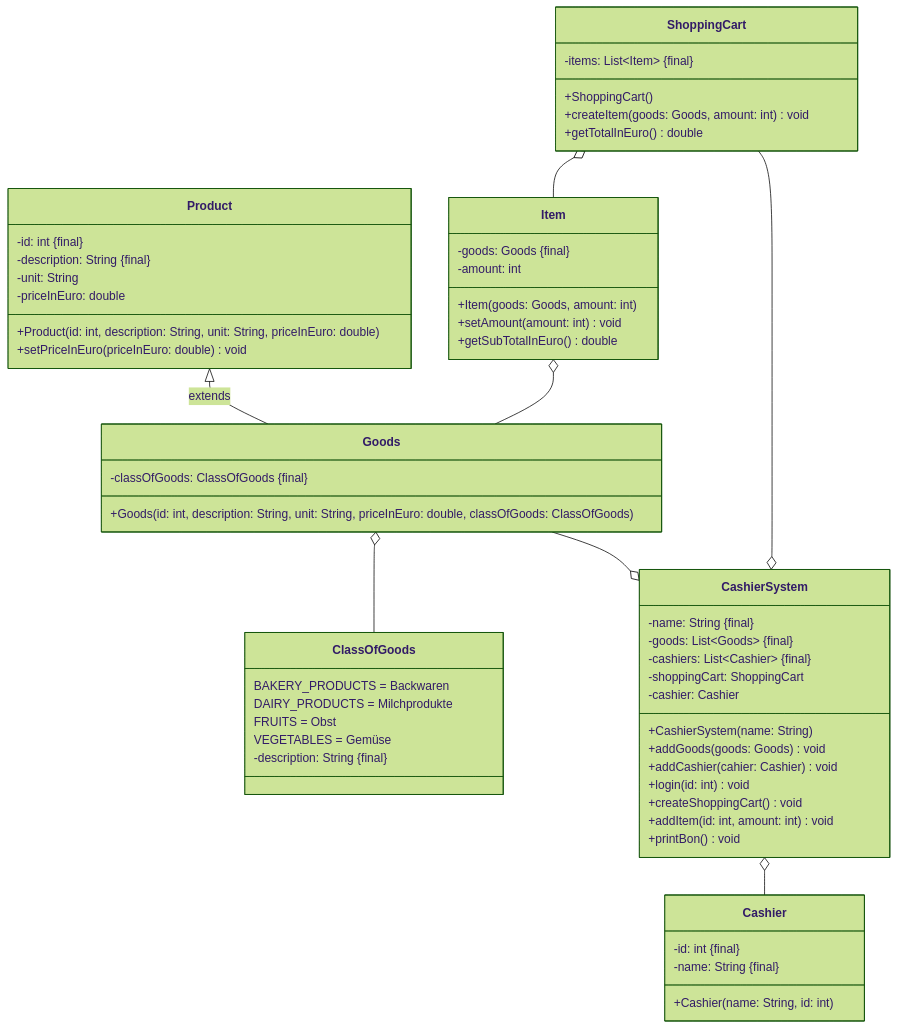
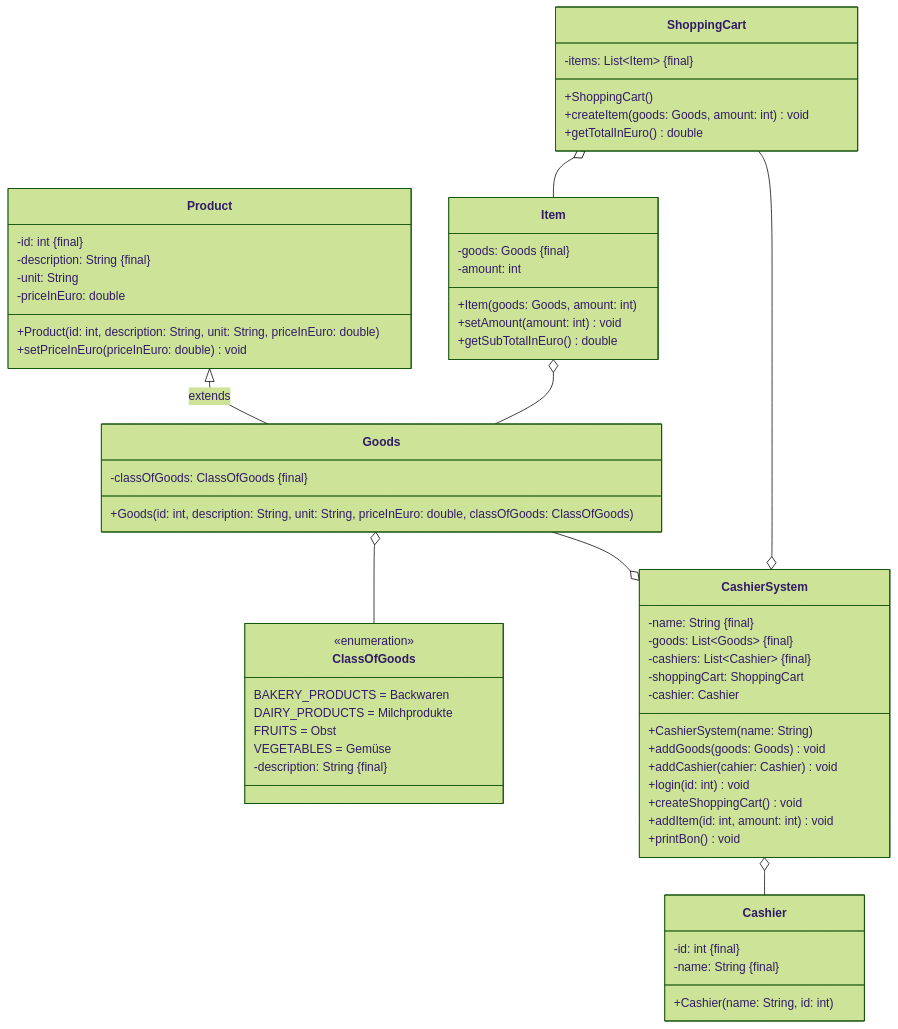
The diagram in docs/exam-exercises/exam-exercises-java1/class-diagrams/cashier-system.md (jappuccini/java-docs), drawn with Mermaid (forest theme) before and after one commit.

Commit message:
Add Stereotype "Enumeration"

````diff
--- a/docs/exam-exercises/exam-exercises-java1/class-diagrams/cashier-system.md
+++ b/docs/exam-exercises/exam-exercises-java1/class-diagrams/cashier-system.md
@@ -12,68 +12,69 @@
 ```mermaid
 classDiagram
     Product <|-- Goods : extends
     Item o-- Goods
     ShoppingCart o-- Item
     Goods o-- ClassOfGoods
     Goods --o CashierSystem
     CashierSystem o-- Cashier
     ShoppingCart --o CashierSystem
 
     class Product {
         -id: int &#123final&#125
         -description: String &#123final&#125
         -unit: String
         -priceInEuro: double
         +Product(id: int, description: String, unit: String, priceInEuro: double)
         +setPriceInEuro(priceInEuro: double) void
     }
 
     class Goods {
         -classOfGoods: ClassOfGoods &#123final&#125
         +Goods(id: int, description: String, unit: String, priceInEuro: double, classOfGoods: ClassOfGoods)
     }
 
     class Item {
         -goods: Goods &#123final&#125
         -amount: int
         +Item(goods: Goods, amount: int)
         +setAmount(amount: int) void
         +getSubTotalInEuro() double
     }
 
     class ShoppingCart {
         -items: List~Item~ &#123final&#125
         +ShoppingCart()
         +createItem(goods: Goods, amount: int) void
         +getTotalInEuro() double
     }
 
     class ClassOfGoods {
+        <<enumeration>>
         BAKERY_PRODUCTS = Backwaren
         DAIRY_PRODUCTS = Milchprodukte
         FRUITS = Obst
         VEGETABLES = Gemüse
         -description: String &#123final&#125
     }
 
     class CashierSystem {
         -name: String &#123final&#125
         -goods: List~Goods~ &#123final&#125
         -cashiers: List~Cashier~ &#123final&#125
         -shoppingCart: ShoppingCart
         -cashier: Cashier
         +CashierSystem(name: String)
         +addGoods(goods: Goods) void
         +addCashier(cahier: Cashier) void
         +login(id: int) void
         +createShoppingCart() void
         +addItem(id: int, amount: int) void
         +printBon() void
     }
 
     class Cashier {
         -id: int &#123final&#125
         -name: String &#123final&#125
         +Cashier(name: String, id: int)
     }
 ```
````
